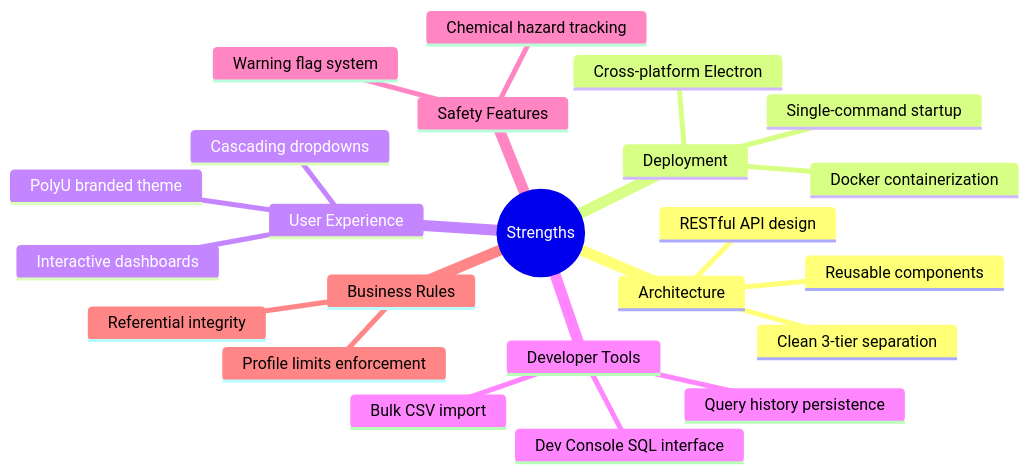
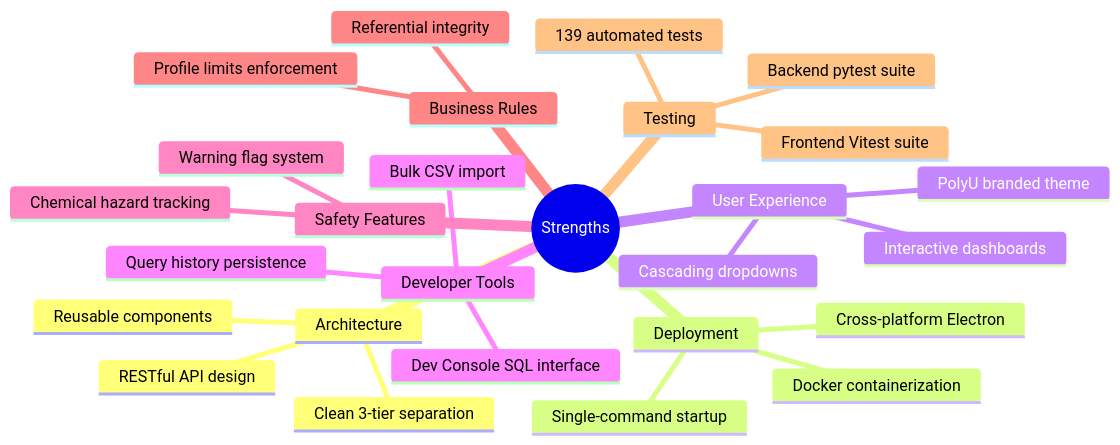
The fifth of 13 diagrams in PROJECT_REPORT.md (HaochenFa/COMP2411_DBMS_CMMS_GroupProject), drawn with Mermaid before and after one commit. The commit also changed other lines of this file, not shown here.

````diff
--- a/PROJECT_REPORT.md
+++ b/PROJECT_REPORT.md
@@ -250,26 +253,30 @@
 ```mermaid
 mindmap
   root((Strengths))
     Architecture
       Clean 3-tier separation
       RESTful API design
       Reusable components
     Deployment
       Docker containerization
       Single-command startup
       Cross-platform Electron
     User Experience
       PolyU branded theme
       Interactive dashboards
       Cascading dropdowns
     Developer Tools
       Dev Console SQL interface
       Query history persistence
       Bulk CSV import
     Safety Features
       Chemical hazard tracking
       Warning flag system
     Business Rules
       Profile limits enforcement
       Referential integrity
+    Testing
+      139 automated tests
+      Backend pytest suite
+      Frontend Vitest suite
 ```
````
